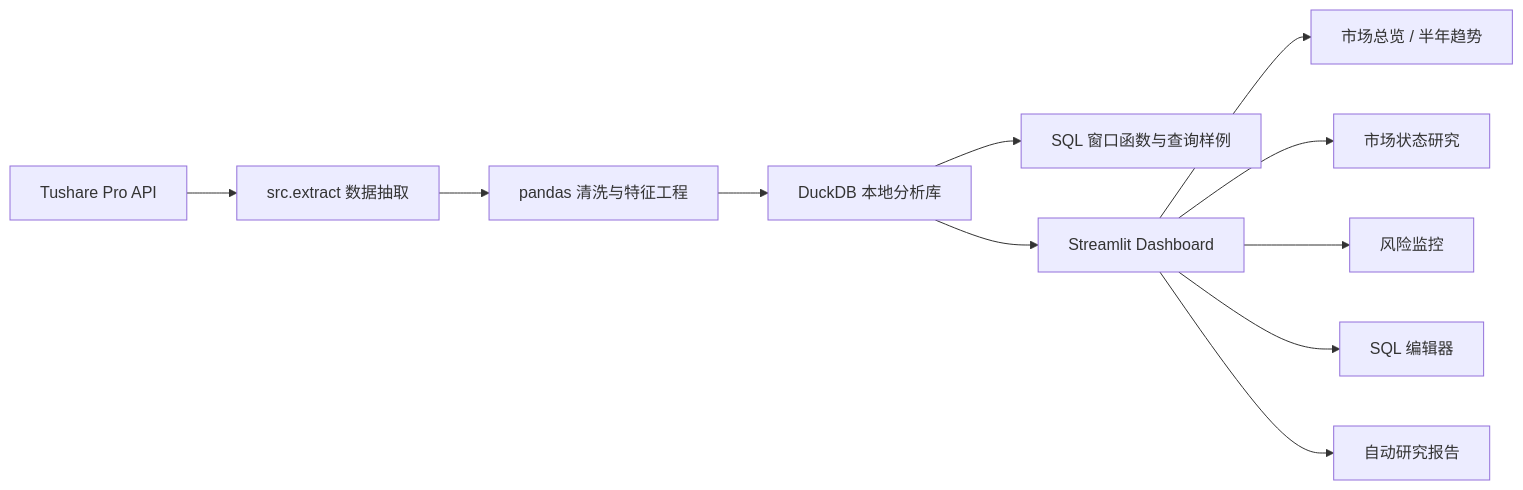
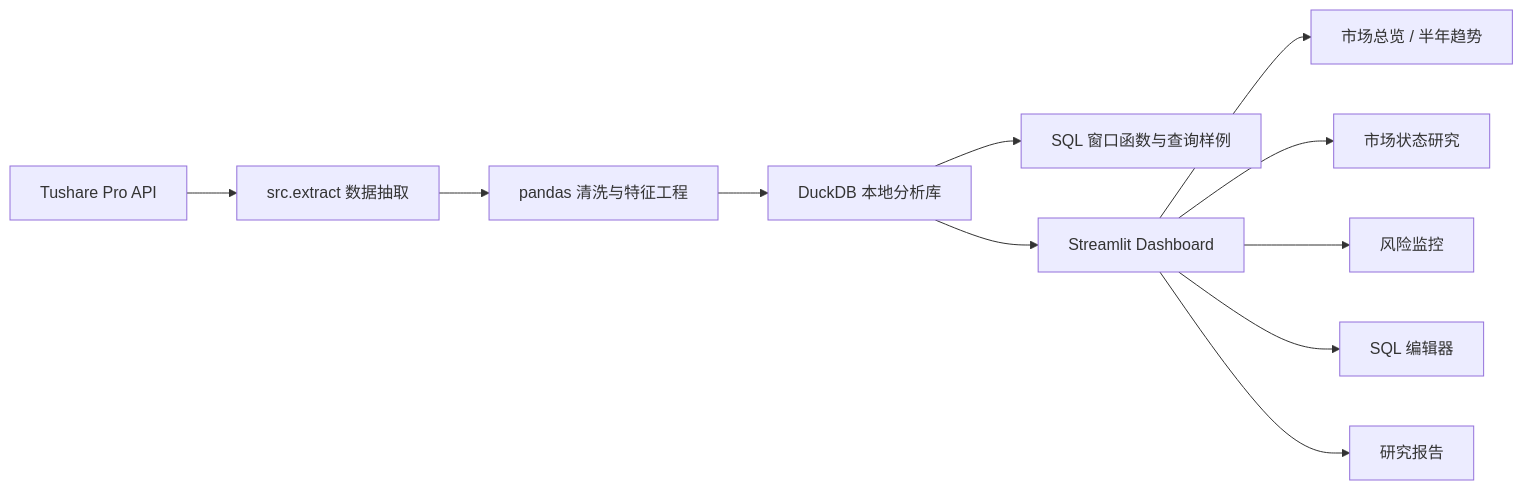
The diagram in README.md (NikolaKovac-debug/a-share-market-analytics), drawn with Mermaid before and after one commit. The commit also changed other lines of this file and 1 other file, not shown here.

````diff
--- a/README.md
+++ b/README.md
@@ -18,13 +17,13 @@
 ```mermaid
 flowchart LR
     A["Tushare Pro API"] --> B["src.extract 数据抽取"]
     B --> C["pandas 清洗与特征工程"]
     C --> D["DuckDB 本地分析库"]
     D --> E["SQL 窗口函数与查询样例"]
     D --> F["Streamlit Dashboard"]
     F --> G["市场总览 / 半年趋势"]
     F --> H["市场状态研究"]
     F --> I["风险监控"]
     F --> J["SQL 编辑器"]
-    F --> K["自动研究报告"]
+    F --> K["研究报告"]
 ```
````
